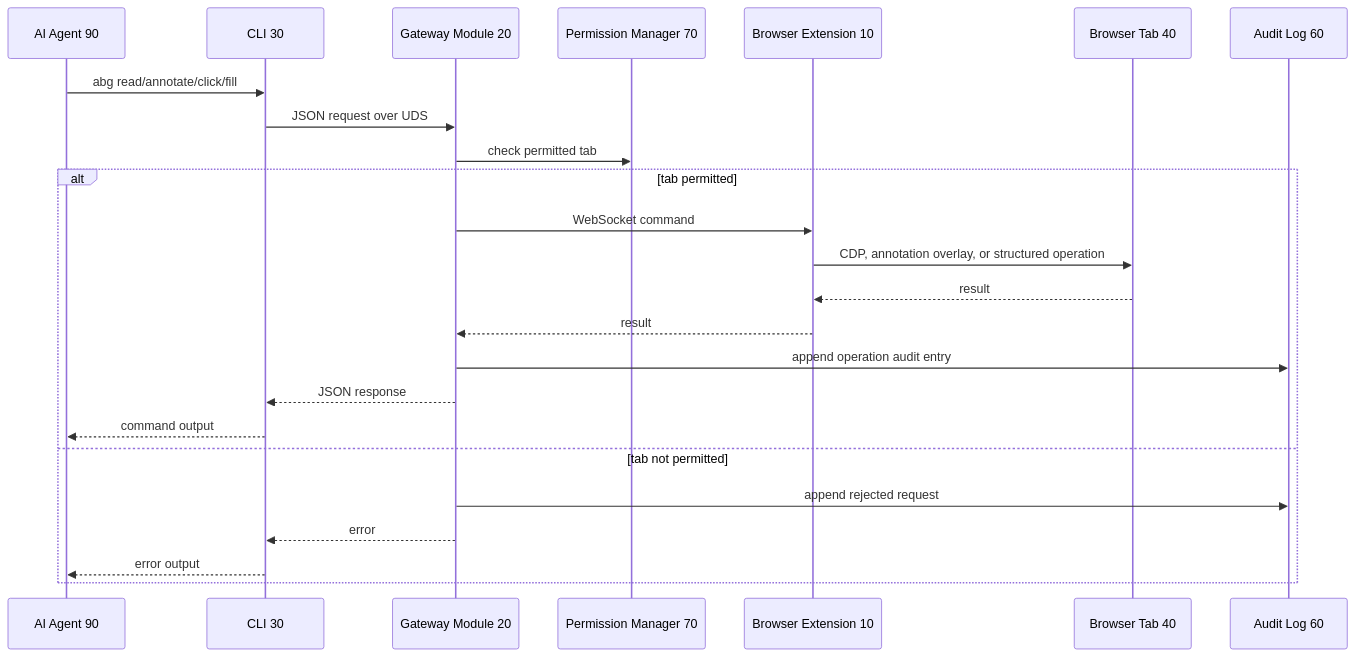
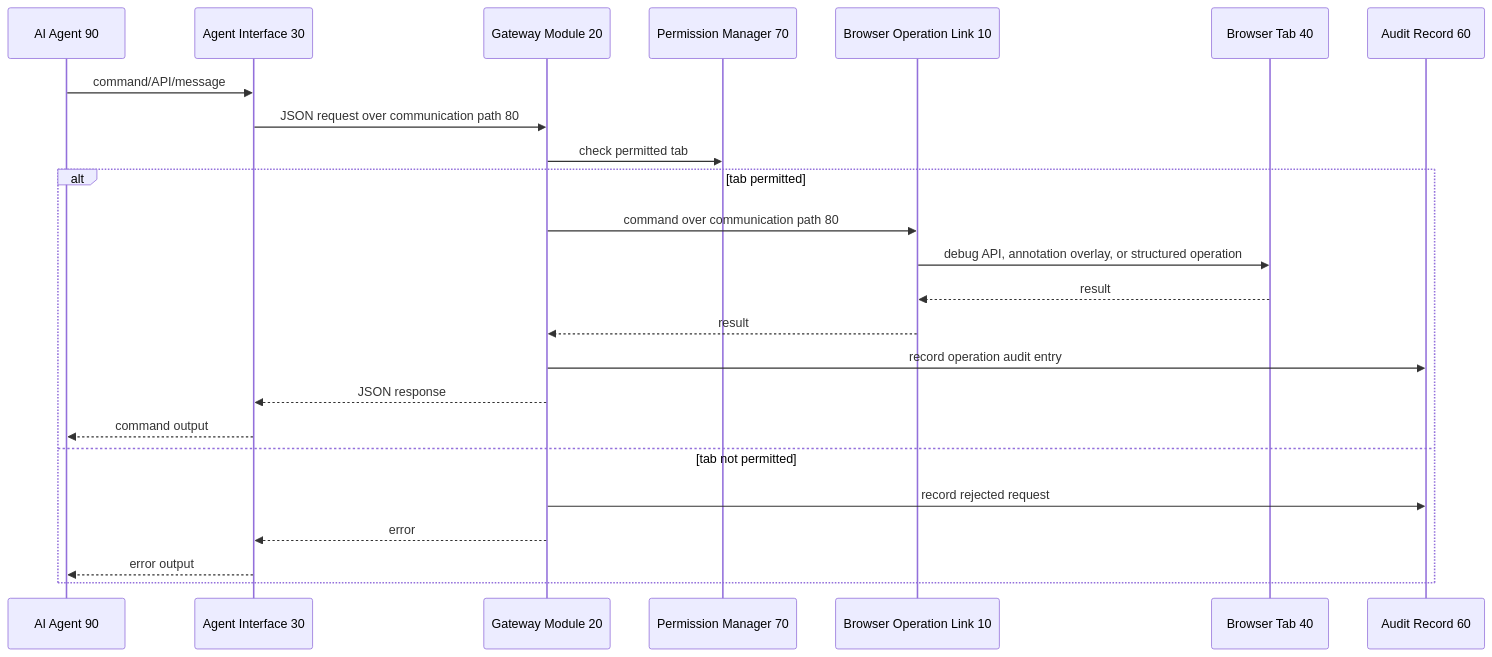
The diagram in legal/patent/figures/fig-4-message-flow.mmd (arcmanagement/agent-browser-gateway), drawn with Mermaid before and after one commit. The commit also changed 16 other files, not shown here.

```diff
--- a/legal/patent/figures/fig-4-message-flow.mmd
+++ b/legal/patent/figures/fig-4-message-flow.mmd
@@ -1,25 +1,25 @@
 sequenceDiagram
   participant A as AI Agent 90
-  participant C as CLI 30
+  participant C as Agent Interface 30
   participant G as Gateway Module 20
   participant P as Permission Manager 70
-  participant E as Browser Extension 10
+  participant E as Browser Operation Link 10
   participant T as Browser Tab 40
-  participant L as Audit Log 60
+  participant L as Audit Record 60
 
-  A->>C: abg read/annotate/click/fill
-  C->>G: JSON request over UDS
+  A->>C: command/API/message
+  C->>G: JSON request over communication path 80
   G->>P: check permitted tab
   alt tab permitted
-    G->>E: WebSocket command
-    E->>T: CDP, annotation overlay, or structured operation
+    G->>E: command over communication path 80
+    E->>T: debug API, annotation overlay, or structured operation
     T-->>E: result
     E-->>G: result
-    G->>L: append operation audit entry
+    G->>L: record operation audit entry
     G-->>C: JSON response
     C-->>A: command output
   else tab not permitted
-    G->>L: append rejected request
+    G->>L: record rejected request
     G-->>C: error
     C-->>A: error output
   end
```
